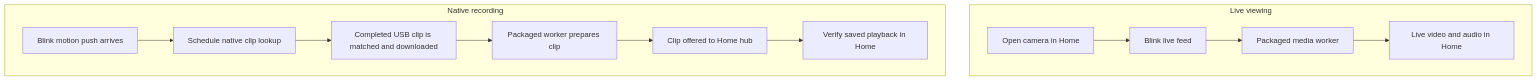
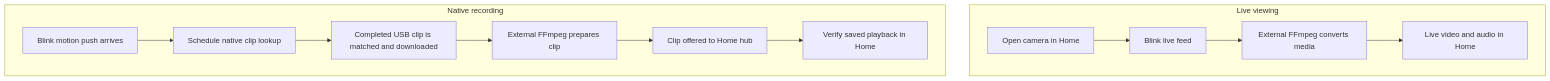
The diagram in docs/how-it-works.md (sealad886/homebridge-blink-cameras-new-api), drawn with Mermaid before and after one commit. The commit also changed other lines of this file and 107 other files, not shown here.

First line of the commit message:
feat(media)!: use external FFmpeg for HomeKit media

````diff
--- a/docs/how-it-works.md
+++ b/docs/how-it-works.md
@@ -31,17 +40,17 @@
 ```mermaid
 flowchart TB
   subgraph live[Live viewing]
     direction LR
     H[Open camera in Home] --> L[Blink live feed]
-    L --> W[Packaged media worker]
+    L --> W[External FFmpeg converts media]
     W --> V[Live video and audio in Home]
   end
   subgraph saved[Native recording]
     direction LR
     M[Blink motion push arrives] --> Q[Schedule native clip lookup]
     Q --> U[Completed USB clip is matched and downloaded]
-    U --> P[Packaged worker prepares clip]
+    U --> P[External FFmpeg prepares clip]
     P --> O[Clip offered to Home hub]
     O --> C[Verify saved playback in Home]
   end
 ```
````
